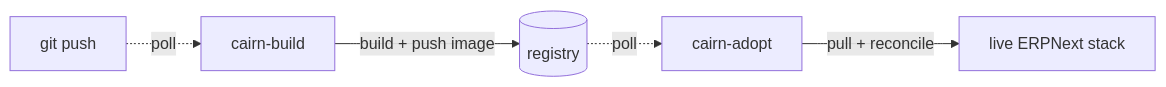
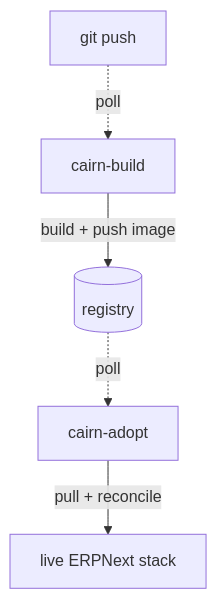
One commit to Datahenge/cairn changed the diagram in README.md. Above: the diagram before and after it, drawn with Mermaid.

Commit message:
Make chart vertical instead of horizontal

````diff
--- a/README.md
+++ b/README.md
@@ -21,7 +21,7 @@
 ```mermaid
-flowchart LR
+flowchart TD
     A[git push] -. poll .-> B[cairn-build]
     B -->|build + push image| C[(registry)]
     C -. poll .-> D[cairn-adopt]
     D -->|pull + reconcile| E[live ERPNext stack]
 ```
````
